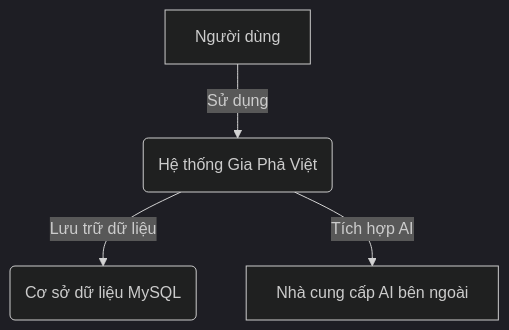
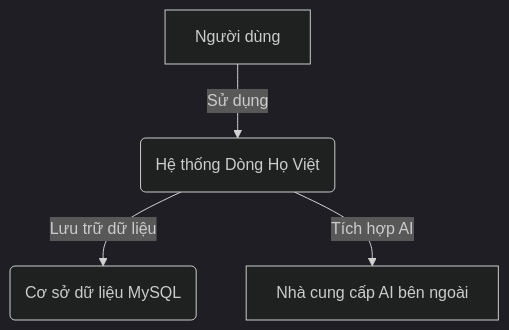
Before and after one commit to hkthao/family-tree-3: the first of 5 diagrams in docs/engineering/architecture.md, drawn with Mermaid (dark theme). The commit also changed other lines of this file and 12 other files, not shown here.

````diff
--- a/docs/engineering/architecture.md
+++ b/docs/engineering/architecture.md
@@ -21,6 +21,6 @@
 ```mermaid
 graph TD
-    A[Người dùng] -->|Sử dụng| B(Hệ thống Gia Phả Việt)
+    A[Người dùng] -->|Sử dụng| B(Hệ thống Dòng Họ Việt)
     B -->|Lưu trữ dữ liệu| C(Cơ sở dữ liệu MySQL)
     B -->|Tích hợp AI| D[Nhà cung cấp AI bên ngoài]
 ```
````
